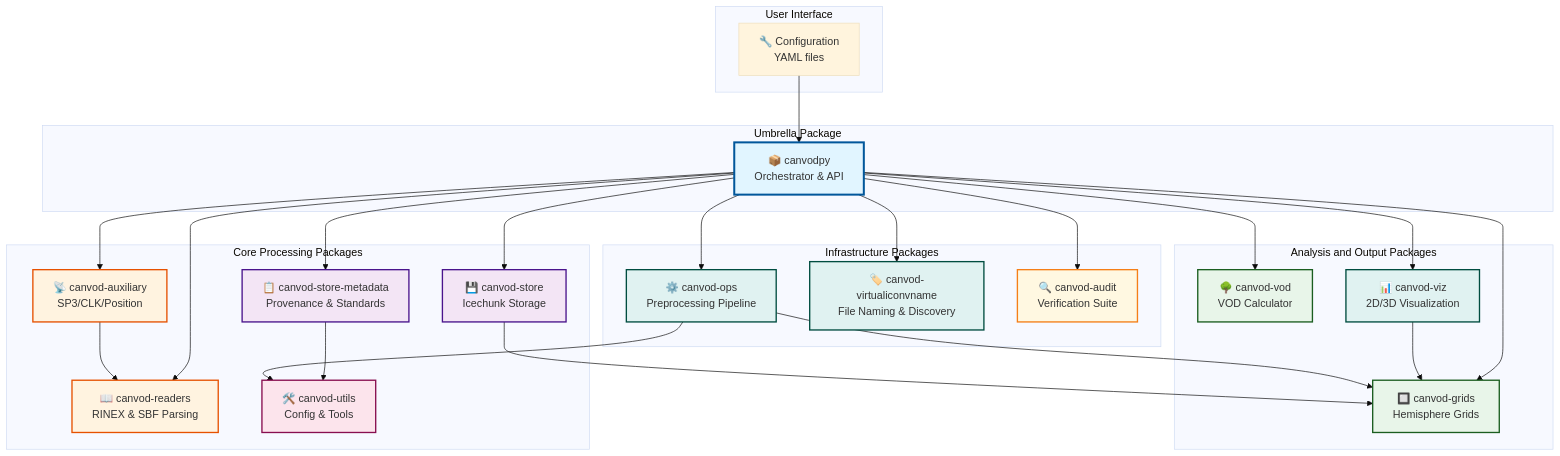
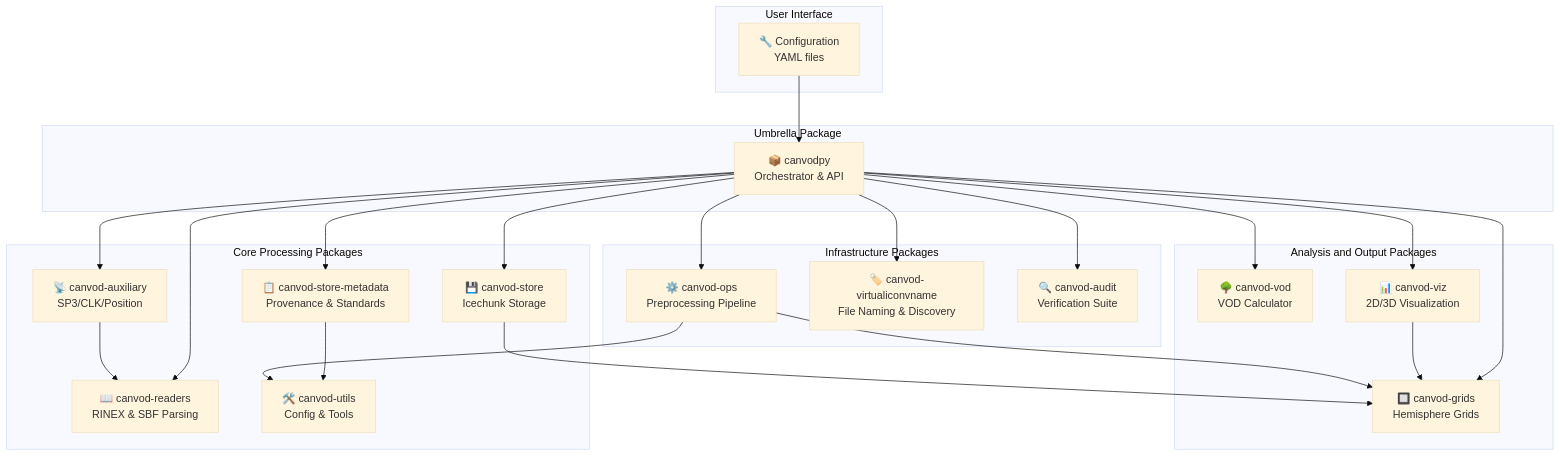
Before and after one commit to konstantinschellenberg/canvodpy: the first of 3 diagrams in README.md, drawn with Mermaid (base theme). The commit also changed other lines of this file, not shown here.

First line of the commit message:
docs(readme): remove hardcoded Mermaid style colours

````diff
--- a/README.md
+++ b/README.md
@@ -52,62 +52,49 @@
 ```mermaid
 graph TB
     subgraph UI[User Interface]
         Config["🔧 Configuration<br/>YAML files"]
     end
 
     subgraph Umbrella[Umbrella Package]
         Canvodpy["📦 canvodpy<br/>Orchestrator & API"]
     end
 
     subgraph CorePkg[Core Processing Packages]
         Readers["📖 canvod-readers<br/>RINEX & SBF Parsing"]
         Aux["📡 canvod-auxiliary<br/>SP3/CLK/Position"]
         Store["💾 canvod-store<br/>Icechunk Storage"]
         StoreMeta["📋 canvod-store-metadata<br/>Provenance & Standards"]
         Utils["🛠️ canvod-utils<br/>Config & Tools"]
     end
 
     subgraph AnalysisPkg[Analysis and Output Packages]
         VOD["🌳 canvod-vod<br/>VOD Calculator"]
         Grids["🔲 canvod-grids<br/>Hemisphere Grids"]
         Viz["📊 canvod-viz<br/>2D/3D Visualization"]
     end
 
     subgraph InfraPkg[Infrastructure Packages]
         Ops["⚙️ canvod-ops<br/>Preprocessing Pipeline"]
         Naming["🏷️ canvod-virtualiconvname<br/>File Naming & Discovery"]
         Audit["🔍 canvod-audit<br/>Verification Suite"]
     end
 
     Config --> Canvodpy
     Canvodpy --> Readers
     Canvodpy --> Aux
     Canvodpy --> Store
     Canvodpy --> StoreMeta
     Canvodpy --> VOD
     Canvodpy --> Grids
     Canvodpy --> Viz
     Canvodpy --> Ops
     Canvodpy --> Naming
     Canvodpy --> Audit
 
     Aux --> Readers
     Store --> Grids
     StoreMeta --> Utils
     Viz --> Grids
     Ops --> Grids
     Ops --> Utils
-
-    style Canvodpy fill:#e1f5ff,stroke:#01579b,stroke-width:3px
-    style Readers fill:#fff3e0,stroke:#e65100,stroke-width:2px
-    style Aux fill:#fff3e0,stroke:#e65100,stroke-width:2px
-    style Store fill:#f3e5f5,stroke:#4a148c,stroke-width:2px
-    style StoreMeta fill:#f3e5f5,stroke:#4a148c,stroke-width:2px
-    style VOD fill:#e8f5e9,stroke:#1b5e20,stroke-width:2px
-    style Grids fill:#e8f5e9,stroke:#1b5e20,stroke-width:2px
-    style Viz fill:#e0f2f1,stroke:#004d40,stroke-width:2px
-    style Utils fill:#fce4ec,stroke:#880e4f,stroke-width:2px
-    style Ops fill:#e0f2f1,stroke:#004d40,stroke-width:2px
-    style Naming fill:#e0f2f1,stroke:#004d40,stroke-width:2px
-    style Audit fill:#fff8e1,stroke:#f57f17,stroke-width:2px
 ```
````
